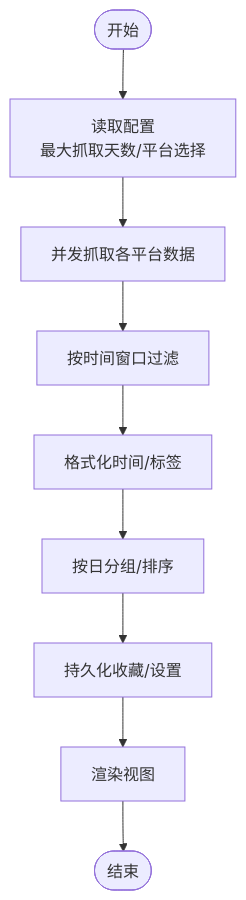
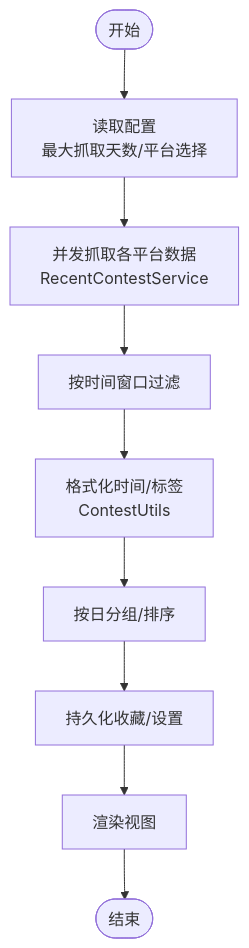
Before and after one commit to Siborne/OJFlow: the third of 7 diagrams in .qoder/repowiki/zh/content/核心功能模块/核心功能模块.md, drawn with Mermaid. The commit also changed other lines of this file and 12 other files, not shown here.

````diff
--- a/.qoder/repowiki/zh/content/核心功能模块/核心功能模块.md
+++ b/.qoder/repowiki/zh/content/核心功能模块/核心功能模块.md
@@ -151,11 +164,11 @@
 ```mermaid
 flowchart TD
 Start(["开始"]) --> LoadCfg["读取配置<br/>最大抓取天数/平台选择"]
-LoadCfg --> Fetch["并发抓取各平台数据"]
+LoadCfg --> Fetch["并发抓取各平台数据<br/>RecentContestService"]
 Fetch --> Filter["按时间窗口过滤"]
-Filter --> Format["格式化时间/标签"]
+Filter --> Format["格式化时间/标签<br/>ContestUtils"]
 Format --> Group["按日分组/排序"]
 Group --> Persist["持久化收藏/设置"]
 Persist --> Render["渲染视图"]
 Render --> End(["结束"])
 ```
````
